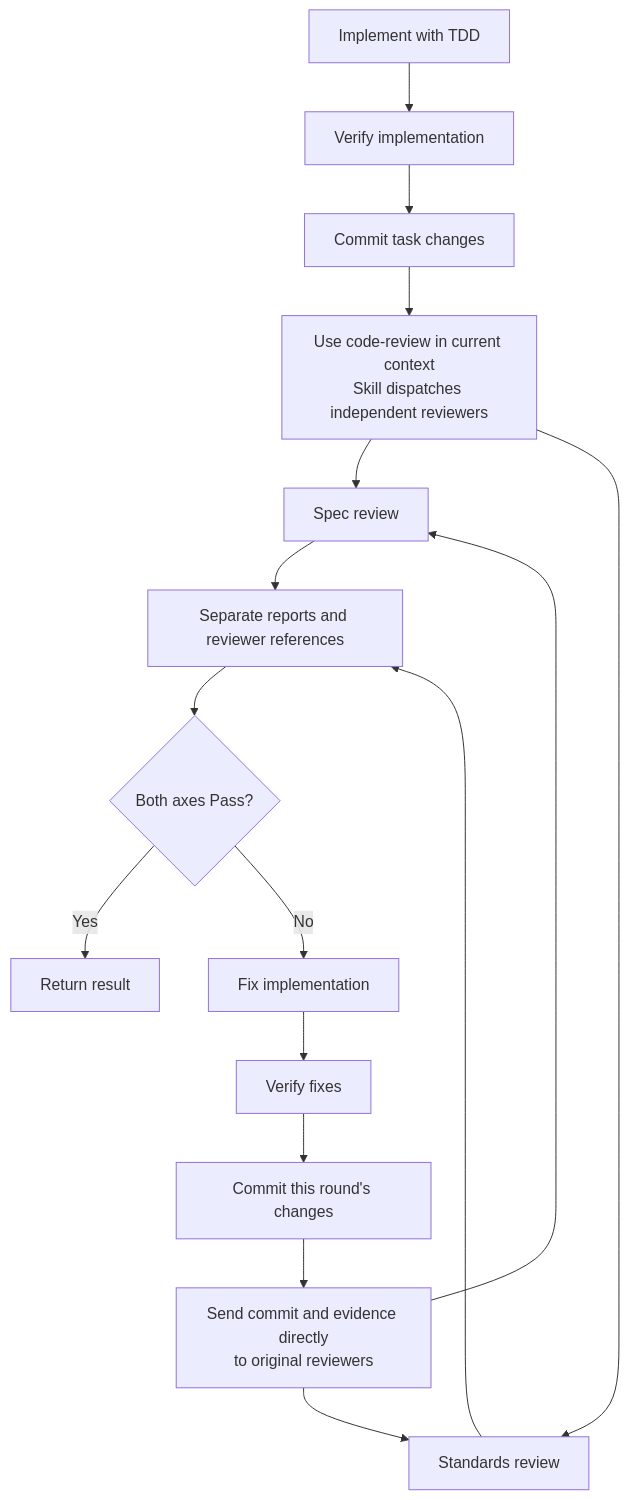
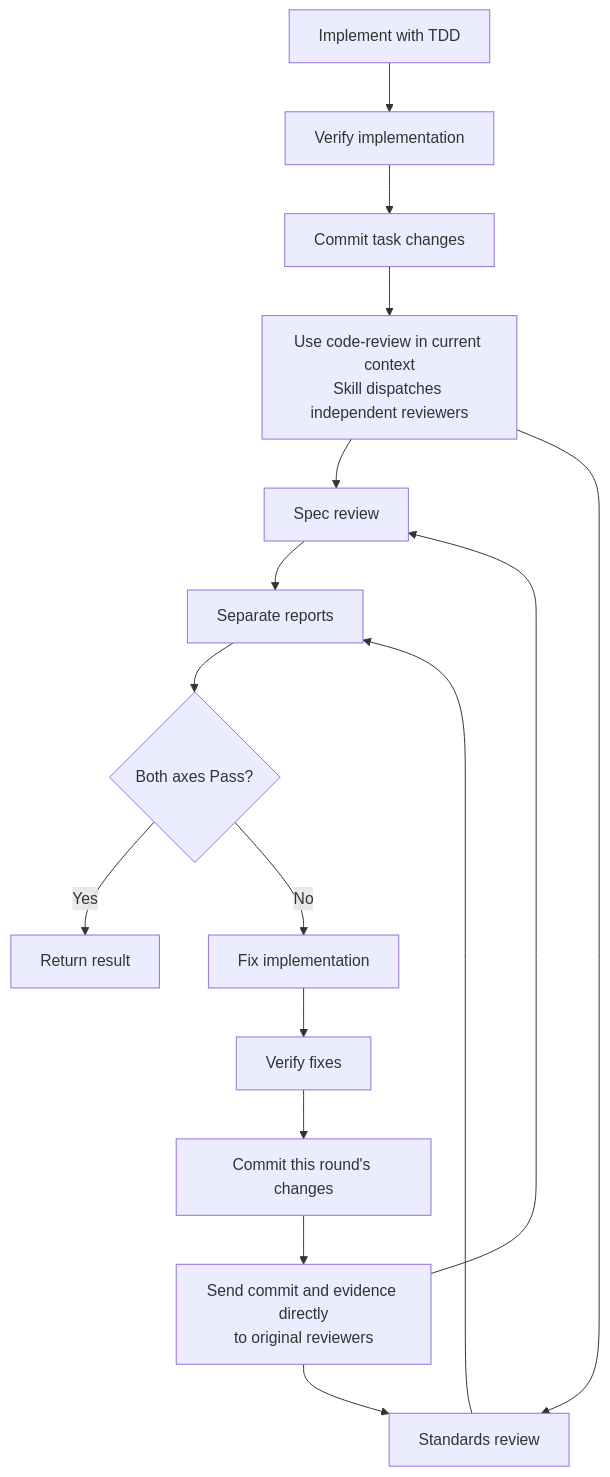
Before and after one commit to jidibinlin/clarity-skills: the diagram in implement/SKILL.md, drawn with Mermaid. The commit also changed other lines of this file and 22 other files, not shown here.

````diff
--- a/implement/SKILL.md
+++ b/implement/SKILL.md
@@ -8,18 +8,18 @@
 ```mermaid
 flowchart TD
     Implement["Implement with TDD"] --> Verify["Verify implementation"]
     Verify --> Commit["Commit task changes"]
     Commit --> Delegate["Use code-review in current context<br/>Skill dispatches independent reviewers"]
     Delegate --> Spec["Spec review"]
     Delegate --> Standards["Standards review"]
-    Spec --> Reports["Separate reports and reviewer references"]
+    Spec --> Reports["Separate reports"]
     Standards --> Reports
     Reports --> Pass{"Both axes Pass?"}
     Pass -->|Yes| Return["Return result"]
     Pass -->|No| Fix["Fix implementation"]
     Fix --> Reverify["Verify fixes"]
     Reverify --> FixCommit["Commit this round's changes"]
     FixCommit --> Resubmit["Send commit and evidence directly<br/>to original reviewers"]
     Resubmit --> Spec
     Resubmit --> Standards
 ```
````
